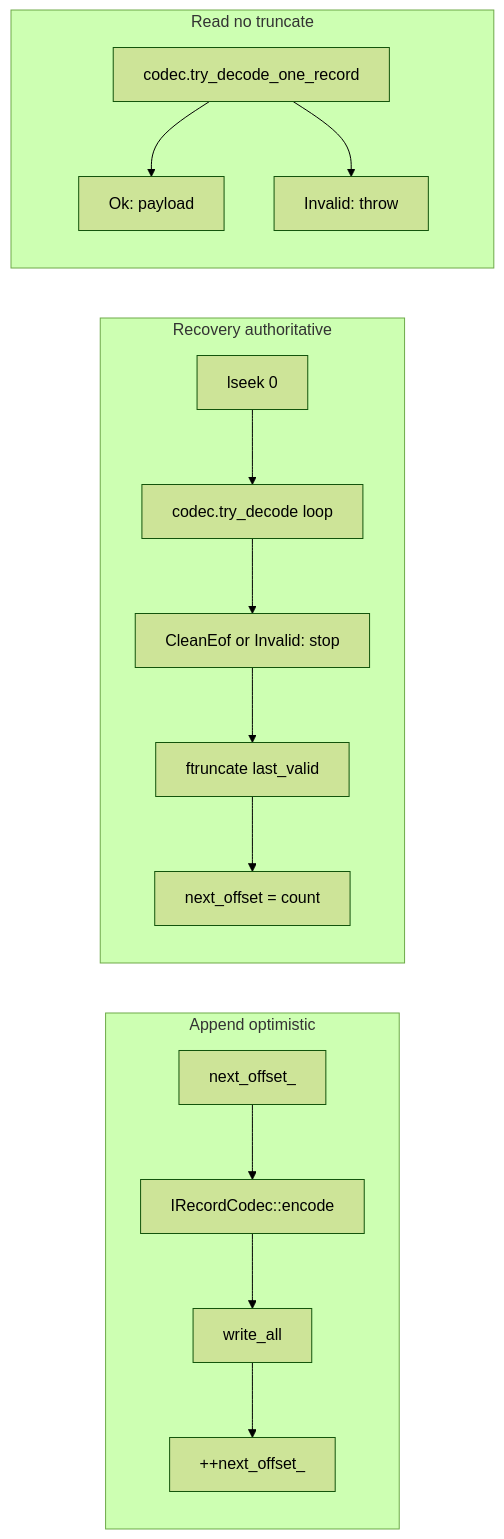
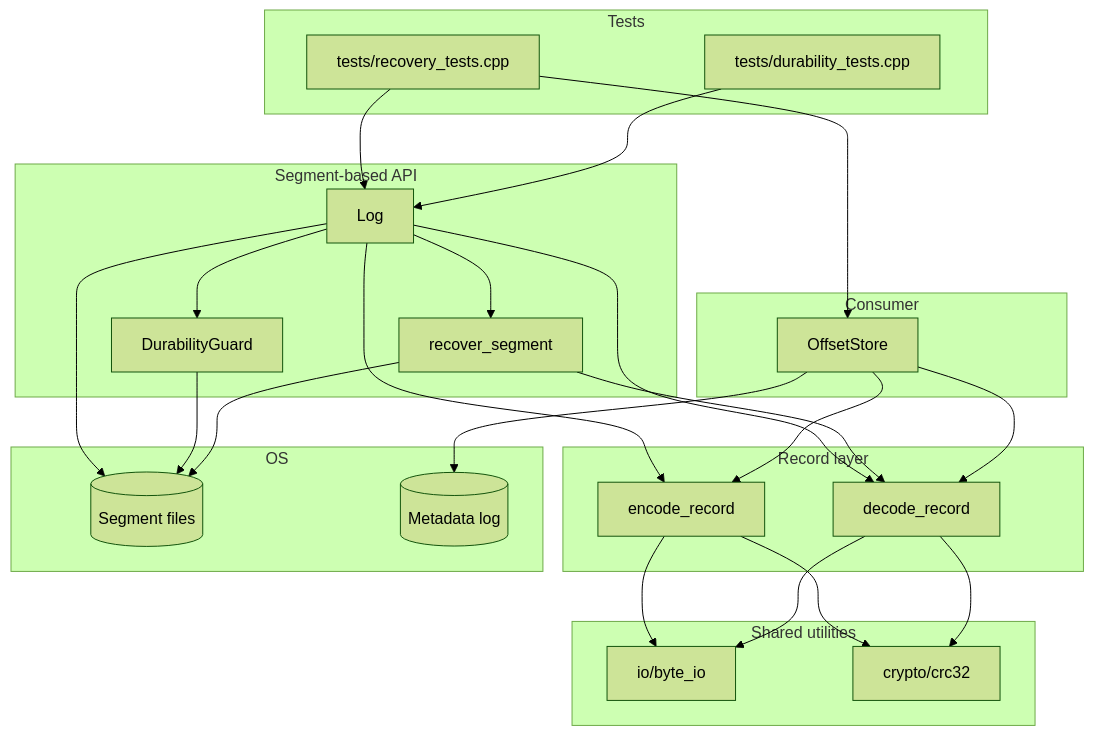
One commit to arijit780/log_aggregator changed the second of 6 diagrams in docs/architecture.md. Above: the diagram before and after it, drawn with Mermaid (forest theme). The commit also changed other lines of this file and 72 other files, not shown here.

````diff
--- a/docs/architecture.md
+++ b/docs/architecture.md
@@ -73,20 +76,51 @@
 ```mermaid
-flowchart LR
-  subgraph write["Append optimistic"]
-    A1[next_offset_] --> A2[IRecordCodec::encode]
-    A2 --> A3[write_all]
-    A3 --> A4[++next_offset_]
+flowchart TB
+  subgraph tests["Tests"]
+    RT[tests/recovery_tests.cpp]
+    DTT[tests/durability_tests.cpp]
   end
 
-  subgraph recover["Recovery authoritative"]
-    B1[lseek 0] --> B2[codec.try_decode loop]
-    B2 --> B3[CleanEof or Invalid: stop]
-    B3 --> B4[ftruncate last_valid]
-    B4 --> B5[next_offset = count]
+  subgraph api["Segment-based API"]
+    LOG[Log]
+    DG[DurabilityGuard]
+    REC[recover_segment]
   end
 
-  subgraph readpath["Read no truncate"]
-    C1[codec.try_decode_one_record] --> C2[Ok: payload]
-    C1 --> C3[Invalid: throw]
+  subgraph record["Record layer"]
+    ENC[encode_record]
+    DEC[decode_record]
   end
+
+  subgraph consumer["Consumer"]
+    OS[OffsetStore]
+  end
+
+  subgraph shared["Shared utilities"]
+    IO[io/byte_io]
+    CRC[crypto/crc32]
+  end
+
+  subgraph disk["OS"]
+    SEG[(Segment files)]
+    META[(Metadata log)]
+  end
+
+  RT --> LOG
+  RT --> OS
+  DTT --> LOG
+  LOG --> DG
+  LOG --> REC
+  LOG --> ENC
+  LOG --> DEC
+  REC --> DEC
+  OS --> ENC
+  OS --> DEC
+  ENC --> CRC
+  ENC --> IO
+  DEC --> CRC
+  DEC --> IO
+  LOG --> SEG
+  OS --> META
+  DG --> SEG
+  REC --> SEG
 ```
````
